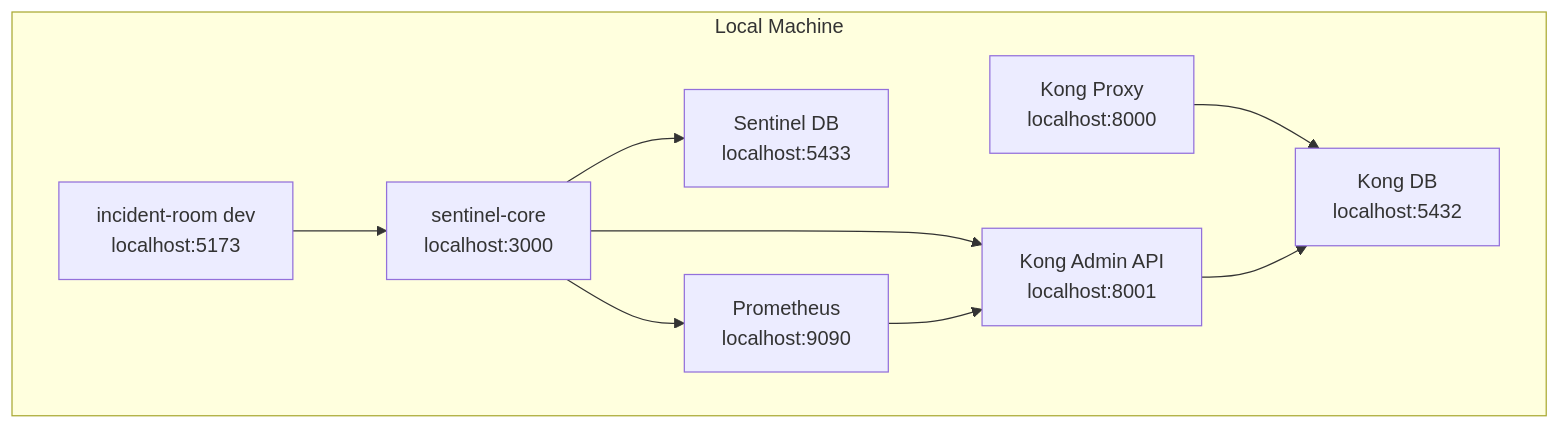
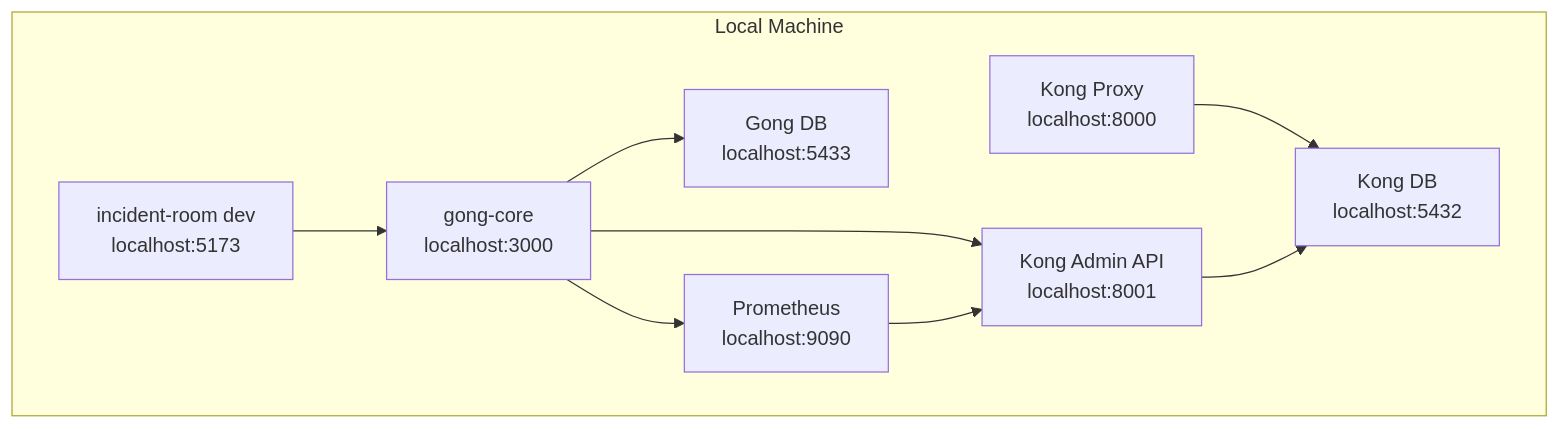
One commit to WEB-TEAM-2526-GL3/Gong-Gateway changed the second of 17 diagrams in ARCHITECTUR.md. Above: the diagram before and after it, drawn with Mermaid. The commit also changed other lines of this file and 165 other files, not shown here.

````diff
--- a/ARCHITECTUR.md
+++ b/ARCHITECTUR.md
@@ -71,20 +71,20 @@
 ```mermaid
 flowchart TB
   subgraph Host[Local Machine]
-    SentinelCore["sentinel-core\nlocalhost:3000"]
+    SentinelCore["gong-core\nlocalhost:3000"]
     IncidentRoomDev["incident-room dev\nlocalhost:5173"]
     KongProxy["Kong Proxy\nlocalhost:8000"]
     KongAdmin["Kong Admin API\nlocalhost:8001"]
     Prometheus["Prometheus\nlocalhost:9090"]
-    SentinelPostgres["Sentinel DB\nlocalhost:5433"]
+    SentinelPostgres["Gong DB\nlocalhost:5433"]
     KongPostgres["Kong DB\nlocalhost:5432"]
   end
 
   SentinelCore --> SentinelPostgres
   SentinelCore --> KongAdmin
   SentinelCore --> Prometheus
   IncidentRoomDev --> SentinelCore
   Prometheus --> KongAdmin
   KongProxy --> KongPostgres
   KongAdmin --> KongPostgres
 ```
````
